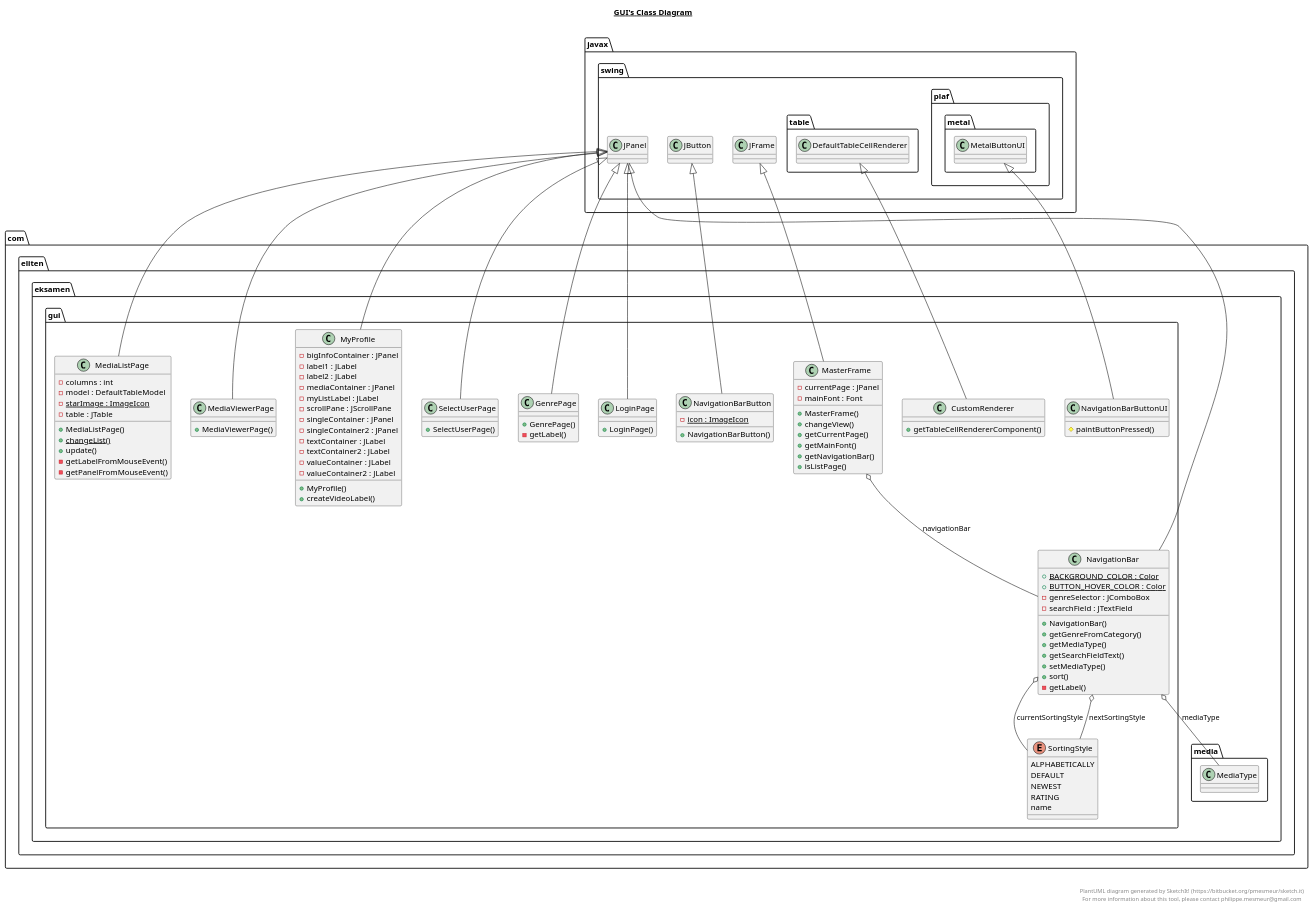
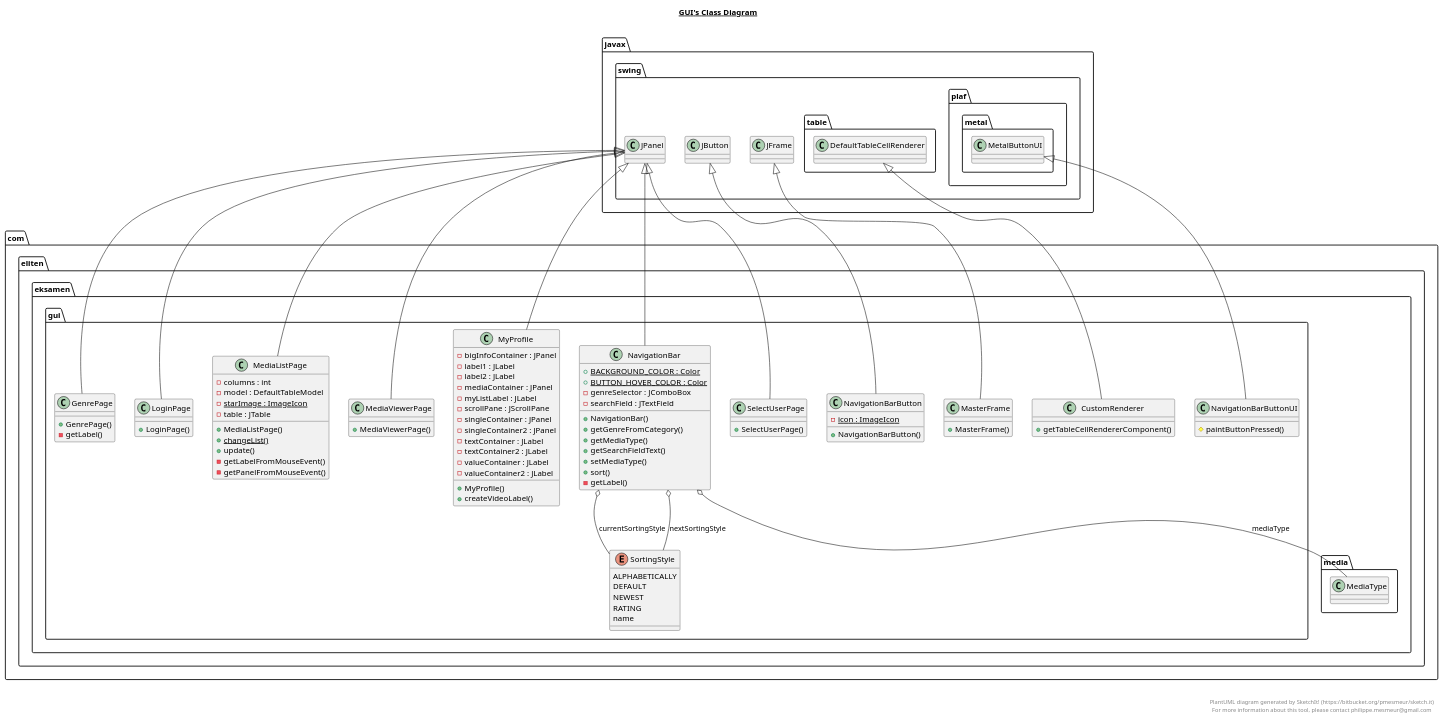
The diagram in src/main/java/com/eliten/eksamen/gui/gui.plantuml (BE-CH/ITU-ExamProject2020-Streaming-Service), drawn with PlantUML before and after one commit. The commit also changed 4 other files, not shown here.

Commit message:
updated the UML Files

```diff
--- a/src/main/java/com/eliten/eksamen/gui/gui.plantuml
+++ b/src/main/java/com/eliten/eksamen/gui/gui.plantuml
@@ -1,181 +1,173 @@
 @startuml
 
 title __GUI's Class Diagram__\n
 
   namespace com.eliten.eksamen {
     namespace gui {
       class com.eliten.eksamen.gui.CustomRenderer {
           + getTableCellRendererComponent()
       }
     }
   }
   
 
   namespace com.eliten.eksamen {
     namespace gui {
       class com.eliten.eksamen.gui.GenrePage {
           + GenrePage()
           - getLabel()
       }
     }
   }
   
 
   namespace com.eliten.eksamen {
     namespace gui {
       class com.eliten.eksamen.gui.LoginPage {
           + LoginPage()
       }
     }
   }
   
 
   namespace com.eliten.eksamen {
     namespace gui {
       class com.eliten.eksamen.gui.MasterFrame {
-          - currentPage : JPanel
-          - mainFont : Font
           + MasterFrame()
-          + changeView()
-          + getCurrentPage()
-          + getMainFont()
-          + getNavigationBar()
-          + isListPage()
       }
     }
   }
   
 
   namespace com.eliten.eksamen {
     namespace gui {
       class com.eliten.eksamen.gui.MediaListPage {
           - columns : int
           - model : DefaultTableModel
           {static} - starImage : ImageIcon
           - table : JTable
           + MediaListPage()
           {static} + changeList()
           + update()
           - getLabelFromMouseEvent()
           - getPanelFromMouseEvent()
       }
     }
   }
   
 
   namespace com.eliten.eksamen {
     namespace gui {
       class com.eliten.eksamen.gui.MediaViewerPage {
           + MediaViewerPage()
       }
     }
   }
   
 
   namespace com.eliten.eksamen {
     namespace gui {
       class com.eliten.eksamen.gui.MyProfile {
           - bigInfoContainer : JPanel
           - label1 : JLabel
           - label2 : JLabel
           - mediaContainer : JPanel
           - myListLabel : JLabel
           - scrollPane : JScrollPane
           - singleContainer : JPanel
           - singleContainer2 : JPanel
           - textContainer : JLabel
           - textContainer2 : JLabel
           - valueContainer : JLabel
           - valueContainer2 : JLabel
           + MyProfile()
           + createVideoLabel()
       }
     }
   }
   
 
   namespace com.eliten.eksamen {
     namespace gui {
       class com.eliten.eksamen.gui.NavigationBar {
           {static} + BACKGROUND_COLOR : Color
           {static} + BUTTON_HOVER_COLOR : Color
           - genreSelector : JComboBox
           - searchField : JTextField
           + NavigationBar()
           + getGenreFromCategory()
           + getMediaType()
           + getSearchFieldText()
           + setMediaType()
           + sort()
           - getLabel()
       }
     }
   }
   
 
   namespace com.eliten.eksamen {
     namespace gui {
       class com.eliten.eksamen.gui.NavigationBarButton {
           {static} - icon : ImageIcon
           + NavigationBarButton()
       }
     }
   }
   
 
   namespace com.eliten.eksamen {
     namespace gui {
       class com.eliten.eksamen.gui.NavigationBarButtonUI {
           # paintButtonPressed()
       }
     }
   }
   
 
   namespace com.eliten.eksamen {
     namespace gui {
       class com.eliten.eksamen.gui.SelectUserPage {
           + SelectUserPage()
       }
     }
   }
   
 
   namespace com.eliten.eksamen {
     namespace gui {
       enum SortingStyle {
         ALPHABETICALLY
         DEFAULT
         NEWEST
         RATING
         name
       }
     }
   }
   
 
   com.eliten.eksamen.gui.CustomRenderer -up-|> javax.swing.table.DefaultTableCellRenderer
   com.eliten.eksamen.gui.GenrePage -up-|> javax.swing.JPanel
   com.eliten.eksamen.gui.LoginPage -up-|> javax.swing.JPanel
   com.eliten.eksamen.gui.MasterFrame -up-|> javax.swing.JFrame
-  com.eliten.eksamen.gui.MasterFrame o-- com.eliten.eksamen.gui.NavigationBar : navigationBar
   com.eliten.eksamen.gui.MediaListPage -up-|> javax.swing.JPanel
   com.eliten.eksamen.gui.MediaViewerPage -up-|> javax.swing.JPanel
   com.eliten.eksamen.gui.MyProfile -up-|> javax.swing.JPanel
   com.eliten.eksamen.gui.NavigationBar -up-|> javax.swing.JPanel
   com.eliten.eksamen.gui.NavigationBar o-- com.eliten.eksamen.gui.SortingStyle : currentSortingStyle
   com.eliten.eksamen.gui.NavigationBar o-- com.eliten.eksamen.media.MediaType : mediaType
   com.eliten.eksamen.gui.NavigationBar o-- com.eliten.eksamen.gui.SortingStyle : nextSortingStyle
   com.eliten.eksamen.gui.NavigationBarButton -up-|> javax.swing.JButton
   com.eliten.eksamen.gui.NavigationBarButtonUI -up-|> javax.swing.plaf.metal.MetalButtonUI
   com.eliten.eksamen.gui.SelectUserPage -up-|> javax.swing.JPanel
 
 
 right footer
 
 
 PlantUML diagram generated by SketchIt! (https://bitbucket.org/pmesmeur/sketch.it)
 For more information about this tool, please contact philippe.mesmeur@gmail.com
 endfooter
 
 @enduml
```
